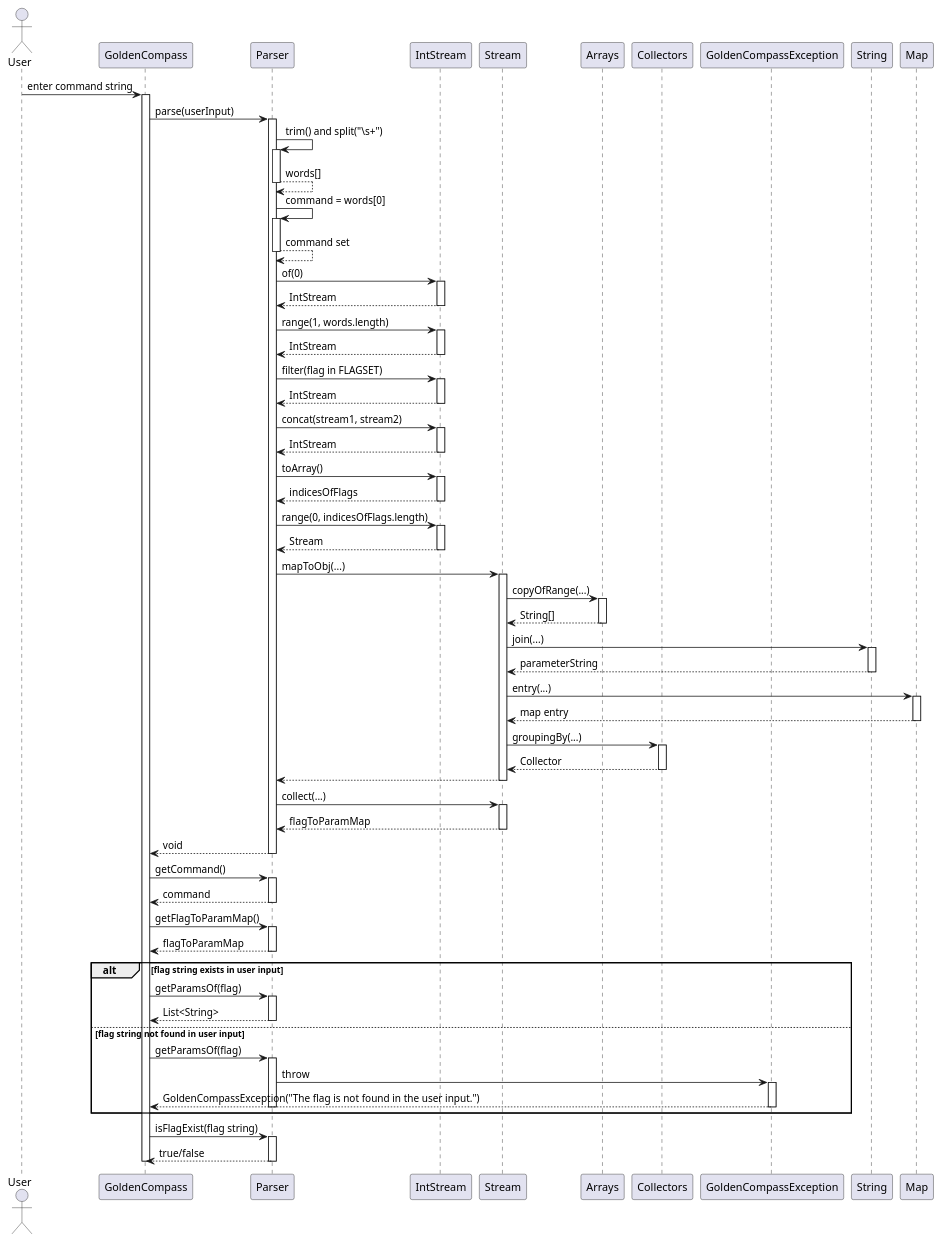
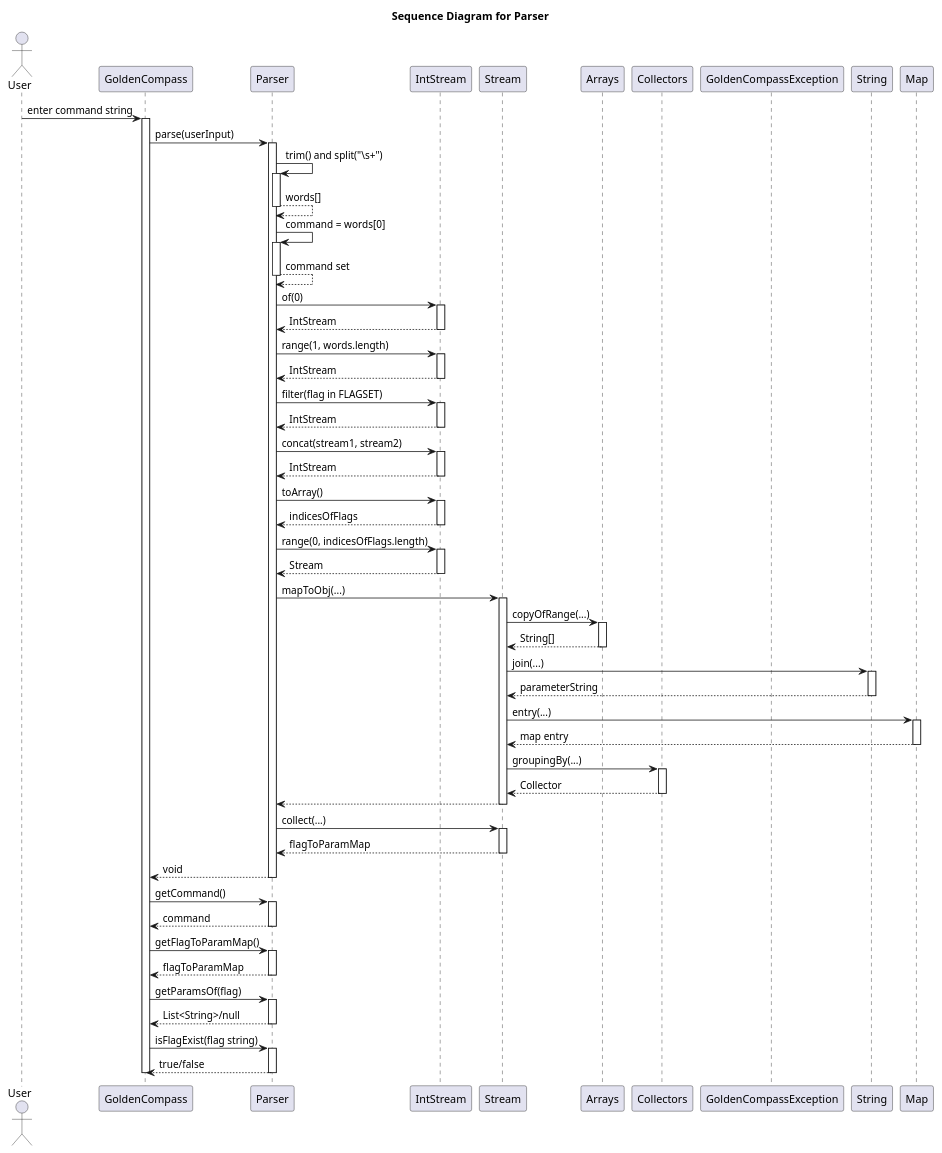
One commit to Yian123330/tp changed the diagram in docs/diagrams/ParserSequenceDiagram.puml. Above: the diagram before and after it, drawn with PlantUML. The commit also changed 8 other files, not shown here.

Commit message:
Add design diagrams in DG

```diff
--- a/docs/diagrams/ParserSequenceDiagram.puml
+++ b/docs/diagrams/ParserSequenceDiagram.puml
@@ -1,128 +1,119 @@
 @startuml
+title Sequence Diagram for Parser
 
 actor User
 participant GoldenCompass
 participant Parser
 participant IntStream
 participant Stream
 participant Arrays
 participant Collectors
 participant GoldenCompassException
 participant String
 participant Map
 
 User -> GoldenCompass : enter command string
 activate GoldenCompass
 
 GoldenCompass -> Parser : parse(userInput)
 activate Parser
 
 Parser -> Parser : trim() and split("\\s+")
 activate Parser
 Parser --> Parser : words[]
 deactivate Parser
 
 Parser -> Parser : command = words[0]
 activate Parser
 Parser --> Parser : command set
 deactivate Parser
 
 Parser -> IntStream : of(0)
 activate IntStream
 IntStream --> Parser : IntStream
 deactivate IntStream
 
 Parser -> IntStream : range(1, words.length)
 activate IntStream
 IntStream --> Parser : IntStream
 deactivate IntStream
 
 Parser -> IntStream : filter(flag in FLAGSET)
 activate IntStream
 IntStream --> Parser : IntStream
 deactivate IntStream
 
 Parser -> IntStream : concat(stream1, stream2)
 activate IntStream
 IntStream --> Parser : IntStream
 deactivate IntStream
 
 Parser -> IntStream : toArray()
 activate IntStream
 IntStream --> Parser : indicesOfFlags
 deactivate IntStream
 
 Parser -> IntStream : range(0, indicesOfFlags.length)
 activate IntStream
 IntStream --> Parser : Stream
 deactivate IntStream
 
 Parser -> Stream : mapToObj(...)
 activate Stream
 
 Stream -> Arrays : copyOfRange(...)
 activate Arrays
 Arrays --> Stream : String[]
 deactivate Arrays
 
 Stream -> String : join(...)
 activate String
 String --> Stream : parameterString
 deactivate String
 
 Stream -> Map : entry(...)
 activate Map
 Map --> Stream : map entry
 deactivate Map
 
 Stream -> Collectors : groupingBy(...)
 activate Collectors
 Collectors --> Stream : Collector
 deactivate Collectors
 
 Stream --> Parser
 deactivate Stream
 
 Parser -> Stream: collect(...)
 activate Stream
 Stream --> Parser : flagToParamMap
 deactivate Stream
 
 deactivate Stream
 
 Parser --> GoldenCompass : void
 deactivate Parser
 
 GoldenCompass -> Parser : getCommand()
 activate Parser
 Parser --> GoldenCompass : command
 deactivate Parser
 
 GoldenCompass -> Parser : getFlagToParamMap()
 activate Parser
 Parser --> GoldenCompass : flagToParamMap
 deactivate Parser
 
-alt flag string exists in user input
     GoldenCompass -> Parser : getParamsOf(flag)
     activate Parser
-    Parser --> GoldenCompass : List<String>
+    Parser --> GoldenCompass : List<String>/null
     deactivate Parser
-else flag string not found in user input
-    GoldenCompass -> Parser : getParamsOf(flag)
-    activate Parser
-    Parser -> GoldenCompassException : throw
-    activate GoldenCompassException
-    GoldenCompassException --> GoldenCompass : GoldenCompassException("The flag is not found in the user input.")
-    deactivate GoldenCompassException
-    deactivate Parser
-end
 
 GoldenCompass -> Parser : isFlagExist(flag string)
 activate Parser
 Parser --> GoldenCompass : true/false
 deactivate Parser
 
 deactivate GoldenCompass
 
 @enduml
```
